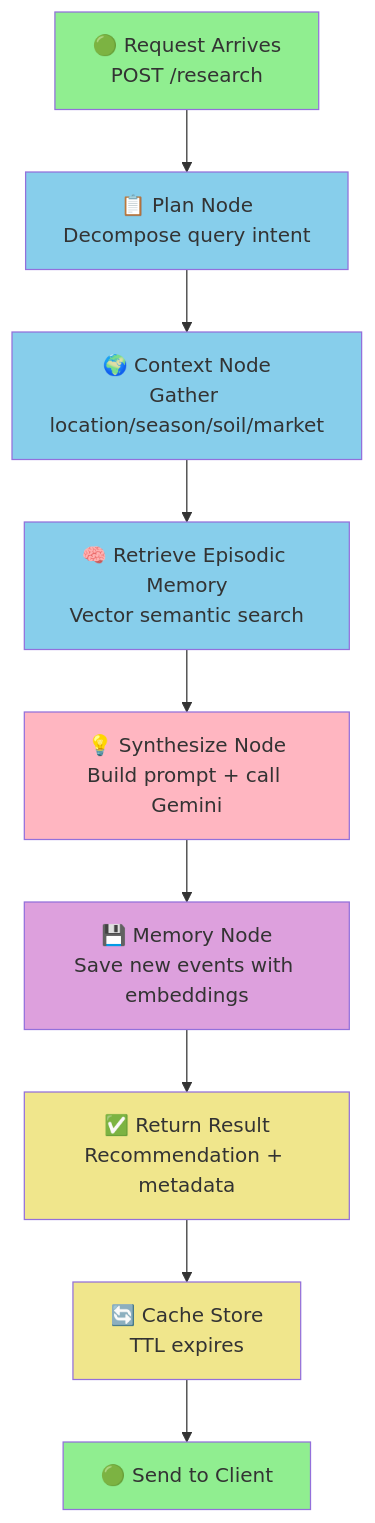
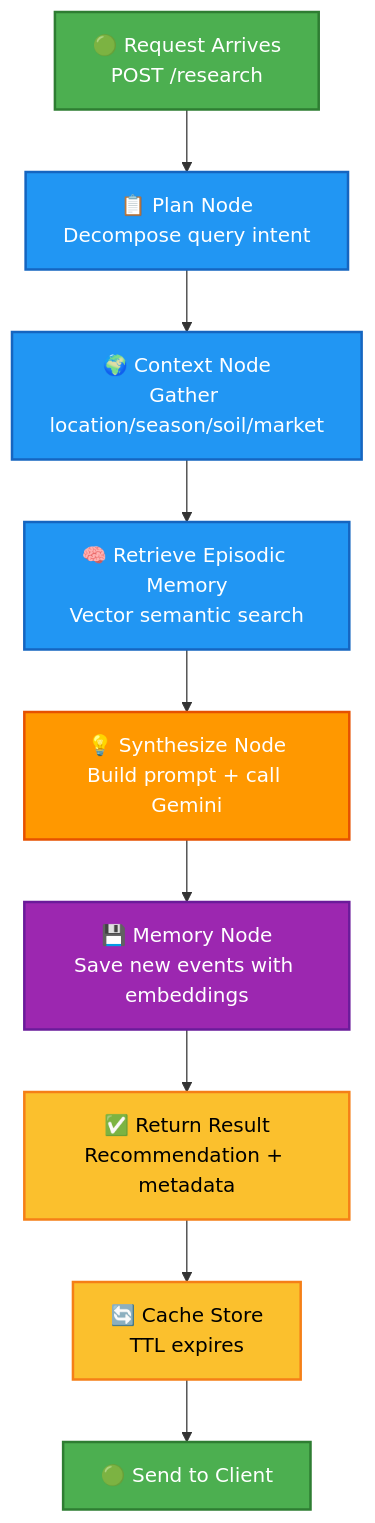
The fourth of 4 diagrams in ARCHITECTURE.md (Ananth7677/AgroInsight), drawn with Mermaid before and after one commit.

Commit message:
fix: improve LangGraph diagram colors and text contrast

````diff
--- a/ARCHITECTURE.md
+++ b/ARCHITECTURE.md
@@ -213,23 +213,23 @@
 ```mermaid
 graph TD
     Start["🟢 Request Arrives<br/>POST /research"]
     
     Start --> Plan["📋 Plan Node<br/>Decompose query intent"]
     Plan --> Context["🌍 Context Node<br/>Gather location/season/soil/market"]
     Context --> Memory["🧠 Retrieve Episodic Memory<br/>Vector semantic search"]
     Memory --> Syn["💡 Synthesize Node<br/>Build prompt + call Gemini"]
     Syn --> Save["💾 Memory Node<br/>Save new events with embeddings"]
     Save --> Response["✅ Return Result<br/>Recommendation + metadata"]
     Response --> Cache["🔄 Cache Store<br/>TTL expires"]
     Cache --> End["🟢 Send to Client"]
     
-    style Start fill:#90EE90
-    style Plan fill:#87CEEB
-    style Context fill:#87CEEB
-    style Memory fill:#87CEEB
-    style Syn fill:#FFB6C1
-    style Save fill:#DDA0DD
-    style Response fill:#F0E68C
-    style Cache fill:#F0E68C
-    style End fill:#90EE90
+    style Start fill:#4CAF50,color:#fff,stroke:#2E7D32,stroke-width:2px
+    style Plan fill:#2196F3,color:#fff,stroke:#1565C0,stroke-width:2px
+    style Context fill:#2196F3,color:#fff,stroke:#1565C0,stroke-width:2px
+    style Memory fill:#2196F3,color:#fff,stroke:#1565C0,stroke-width:2px
+    style Syn fill:#FF9800,color:#fff,stroke:#E65100,stroke-width:2px
+    style Save fill:#9C27B0,color:#fff,stroke:#6A1B9A,stroke-width:2px
+    style Response fill:#FBC02D,color:#000,stroke:#F57F17,stroke-width:2px
+    style Cache fill:#FBC02D,color:#000,stroke:#F57F17,stroke-width:2px
+    style End fill:#4CAF50,color:#fff,stroke:#2E7D32,stroke-width:2px
 ```
````
